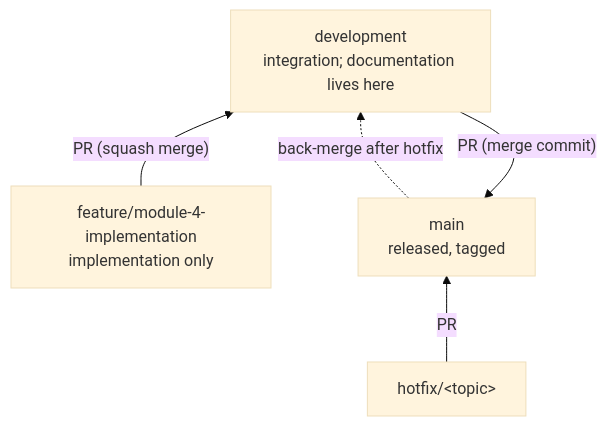
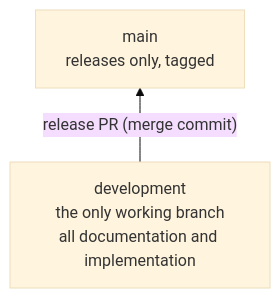
One commit to sravva1994D/ClaudeCodeBhaskar changed the diagram in Documentation/03-Worktree/01-Git-Strategy.md. Above: the diagram before and after it, drawn with Mermaid (base theme). The commit also changed other lines of this file and 14 other files, not shown here.

First line of the commit message:
docs(governance): make development the only working branch

````diff
--- a/Documentation/03-Worktree/01-Git-Strategy.md
+++ b/Documentation/03-Worktree/01-Git-Strategy.md
@@ -11,10 +11,6 @@
 ```mermaid
 flowchart BT
-  MAIN["main<br/>released, tagged"]
-  DEV["development<br/>integration; documentation lives here"]
-  FEAT["feature/module-4-implementation<br/>implementation only"]
-  FEAT -->|"PR (squash merge)"| DEV
-  DEV -->|"PR (merge commit)"| MAIN
-  HOT["hotfix/&lt;topic&gt;"] -->|"PR"| MAIN
-  MAIN -.->|"back-merge after hotfix"| DEV
+  DEV["development<br/>the only working branch<br/>all documentation and implementation"]
+  MAIN["main<br/>releases only, tagged"]
+  DEV -->|"release PR (merge commit)"| MAIN
 ```
````
